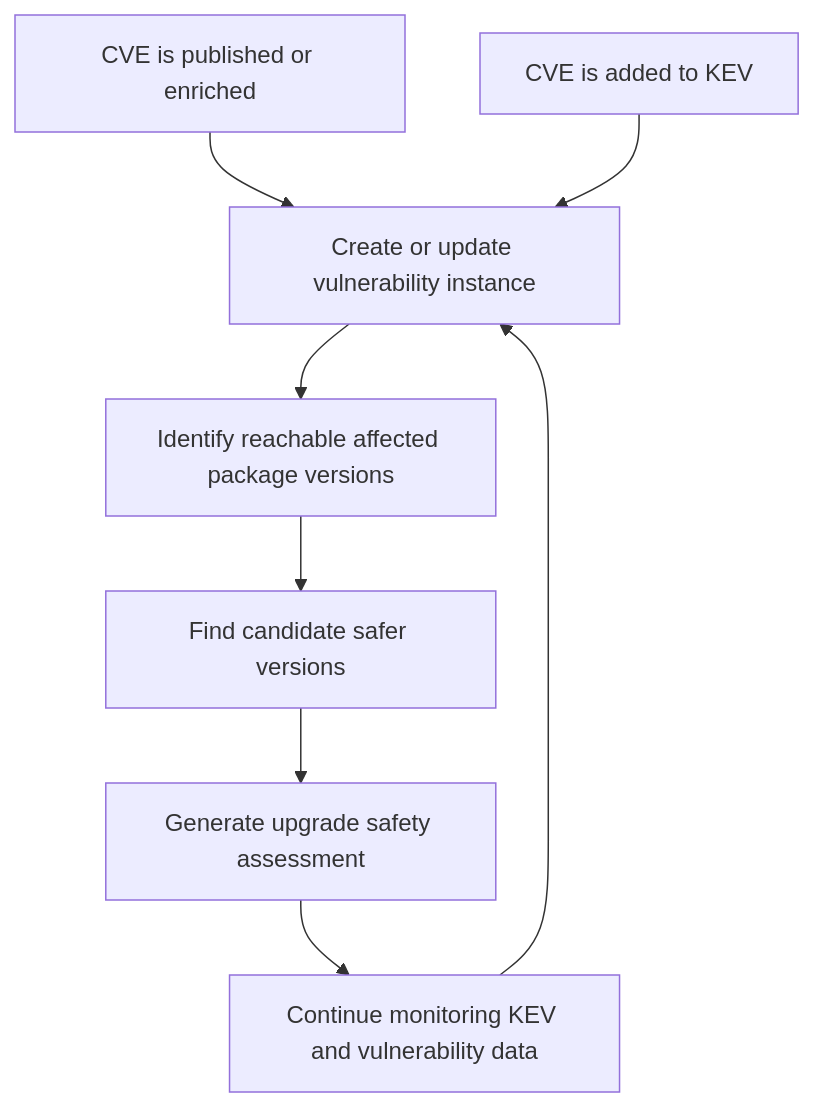
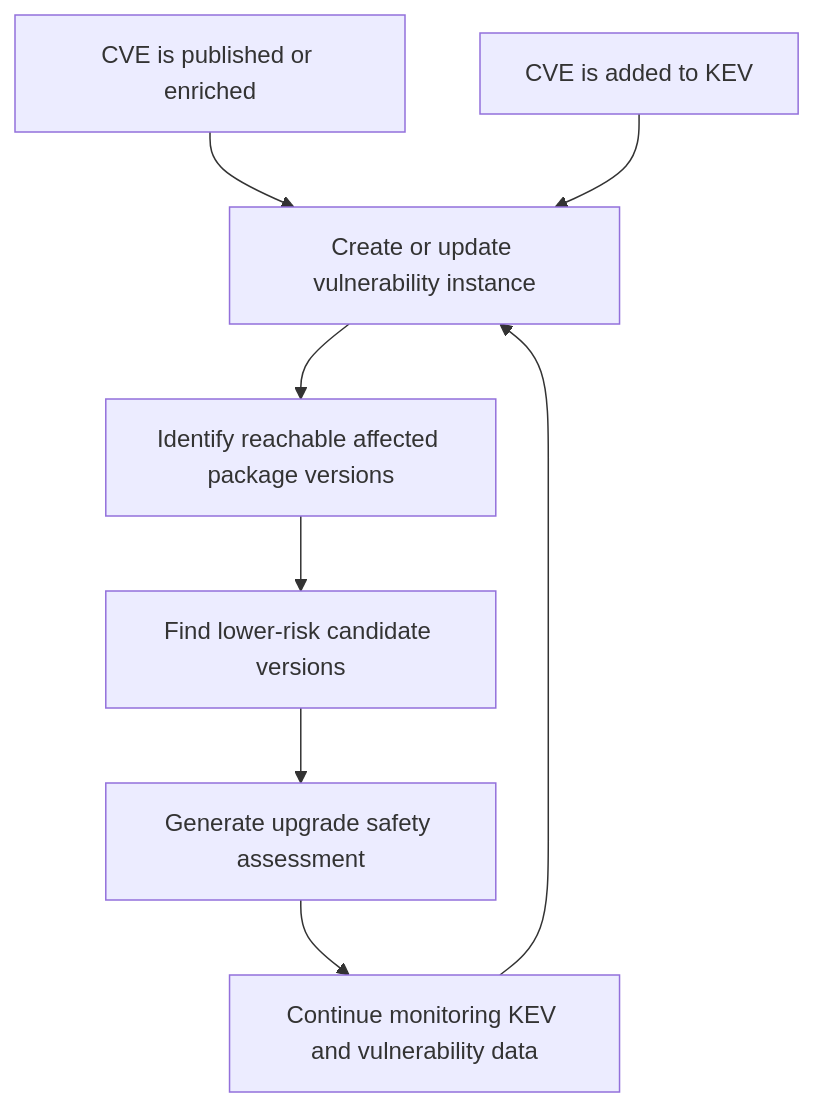
Before and after one commit to mitre/hipcheck: the diagram in night-vision/docs/rfds/0001-mvp-upgrade-safety-assessments.md, drawn with Mermaid. The commit also changed other lines of this file, not shown here.

````diff
--- a/night-vision/docs/rfds/0001-mvp-upgrade-safety-assessments.md
+++ b/night-vision/docs/rfds/0001-mvp-upgrade-safety-assessments.md
@@ -76,18 +74,18 @@
 ```mermaid
 flowchart TD
     cve["CVE is published or enriched"]
     kev["CVE is added to KEV"]
     record["Create or update vulnerability instance"]
     affected["Identify reachable affected package versions"]
     assess["Generate upgrade safety assessment"]
-    candidates["Find candidate safer versions"]
+    candidates["Find lower-risk candidate versions"]
     monitor["Continue monitoring KEV and vulnerability data"]
 
     cve --> record
     kev --> record
     record --> affected
     affected --> candidates
     candidates --> assess
     assess --> monitor
     monitor --> record
 ```
````
